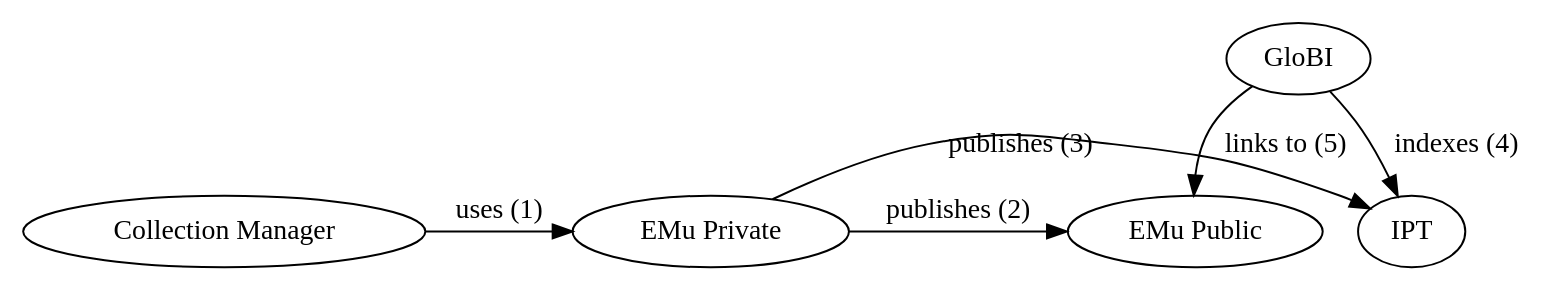
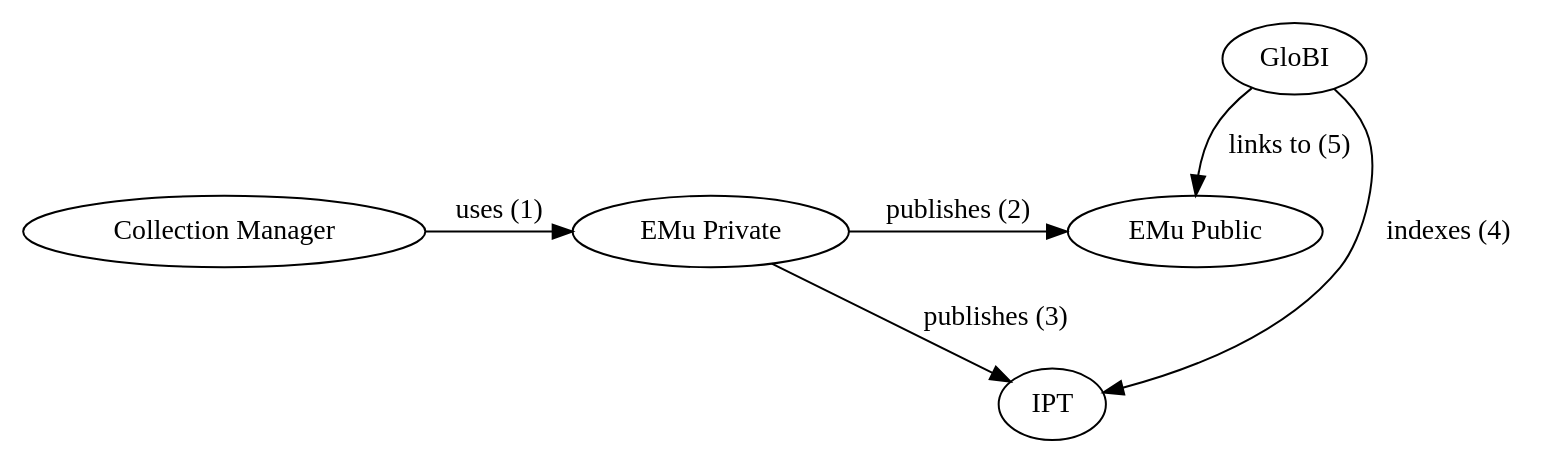
Before and after one commit to globalbioticinteractions/globalbioticinteractions.github.io: the diagram in assets/emu-integration.dot, drawn with Graphviz. The commit also changed other lines of this file and 2 other files, not shown here.

```diff
--- a/assets/emu-integration.dot
+++ b/assets/emu-integration.dot
@@ -1,20 +1,20 @@
 digraph pairwise {
     #rankdir=LR;
     #labelloc="t";
     #label="Arctos <> GloBI integration";
     a1 [label="Collection Manager"];
     b1 [label="EMu Private"];
     c1 [label="EMu Public"];
     d1 [label="IPT"];
     e1 [label="GloBI"];
     { rank=same;
     a1 -> b1 [label="uses (1)"];
     b1 -> c1 [label="publishes (2)"];
-    b1 -> d1 [label="publishes (3)"];
     };
     { 
 
+    b1 -> d1 [label="publishes (3)"];
     e1 -> d1 [label="indexes (4)"];
     e1 -> c1 [label="links to (5)"];
     };
 }
```
